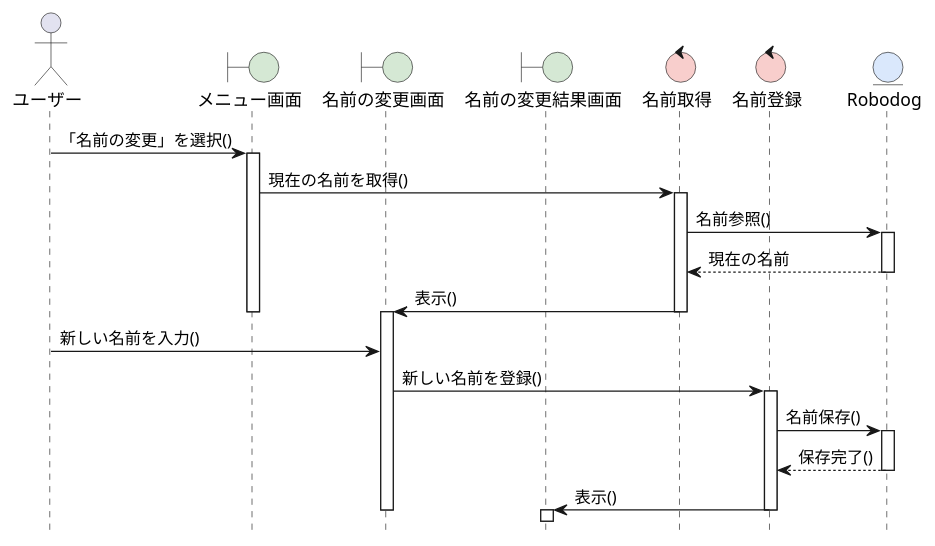
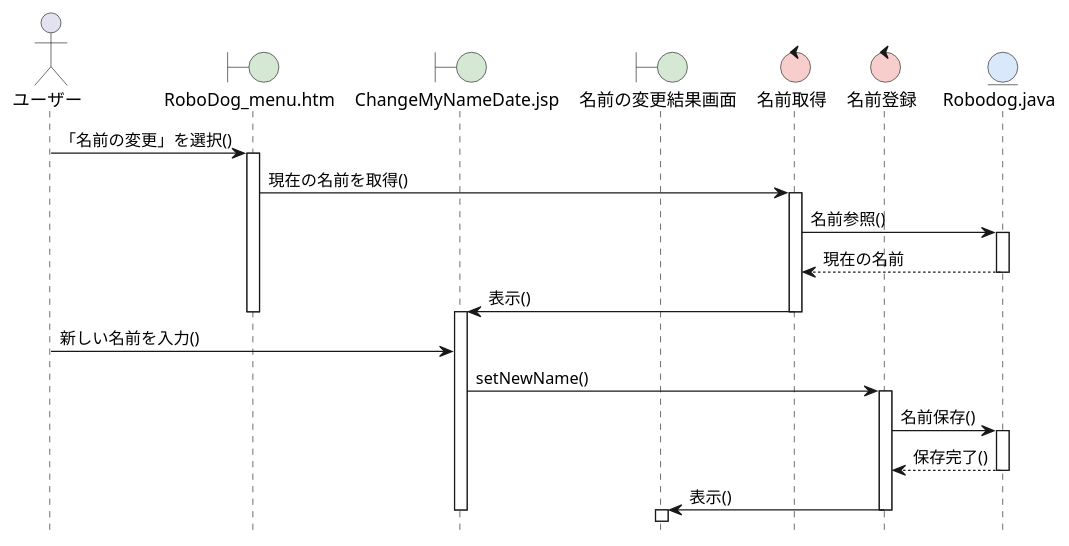
Before and after one commit to n4tuki/OharaUML: the diagram in 9月16日_資料/9月16日_資料/06_robo_dog/sequence_01_change_name.pu, drawn with PlantUML. The commit also changed 7 other files, not shown here.

```diff
--- a/9月16日_資料/9月16日_資料/06_robo_dog/sequence_01_change_name.pu
+++ b/9月16日_資料/9月16日_資料/06_robo_dog/sequence_01_change_name.pu
@@ -1,43 +1,43 @@
 @startuml RoboDogシステム-名前変更シーケンス図
 hide footbox
 skinparam boundaryBackgroundColor #D5E8D4
 skinparam controlBackgroundColor  #F8CECC
 skinparam entityBackgroundColor   #DAE8FC
 
 actor ユーザー as A
-boundary メニュー画面 as B1
-boundary 名前の変更画面 as B2
+boundary "RoboDog_menu.htm" as B1
+boundary "ChangeMyNameDate.jsp" as B2
 boundary 名前の変更結果画面 as B3
 control 名前取得 as C1
 control 名前登録 as C2
-entity Robodog as E
+entity Robodog.java as E
 
 A -> B1: 「名前の変更」を選択()
 activate B1
 
 B1 -> C1: 現在の名前を取得()
 activate C1
 C1 -> E: 名前参照()
 activate E
 E --> C1: 現在の名前
 deactivate E
 C1 -> B2: 表示()
 deactivate C1
 deactivate B1
 activate B2
 
 A -> B2: 新しい名前を入力()
 
-B2 -> C2: 新しい名前を登録()
+B2 -> C2: setNewName()
 activate C2
 C2 -> E: 名前保存()
 activate E
 E --> C2: 保存完了()
 deactivate E
 
 C2 -> B3: 表示()
 deactivate C2
 deactivate B2
 activate B3
 
 @enduml
```
